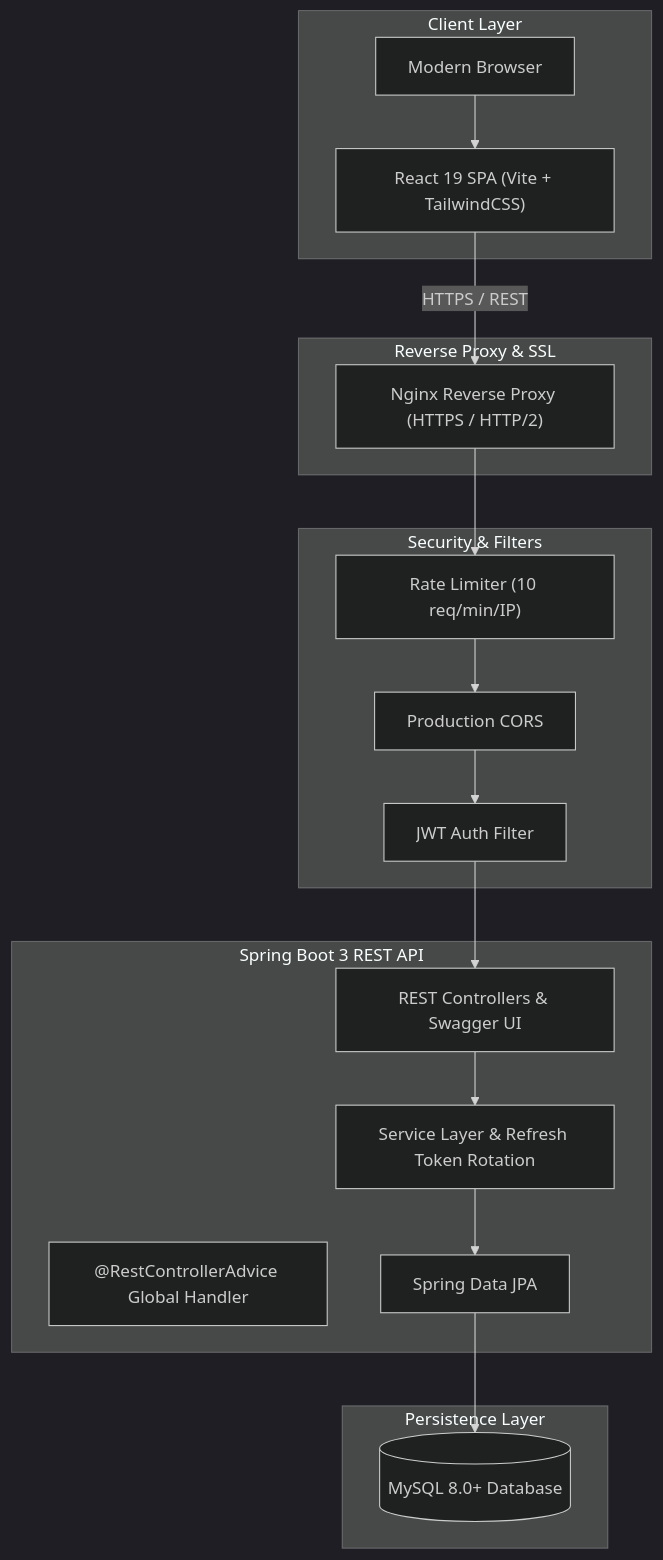
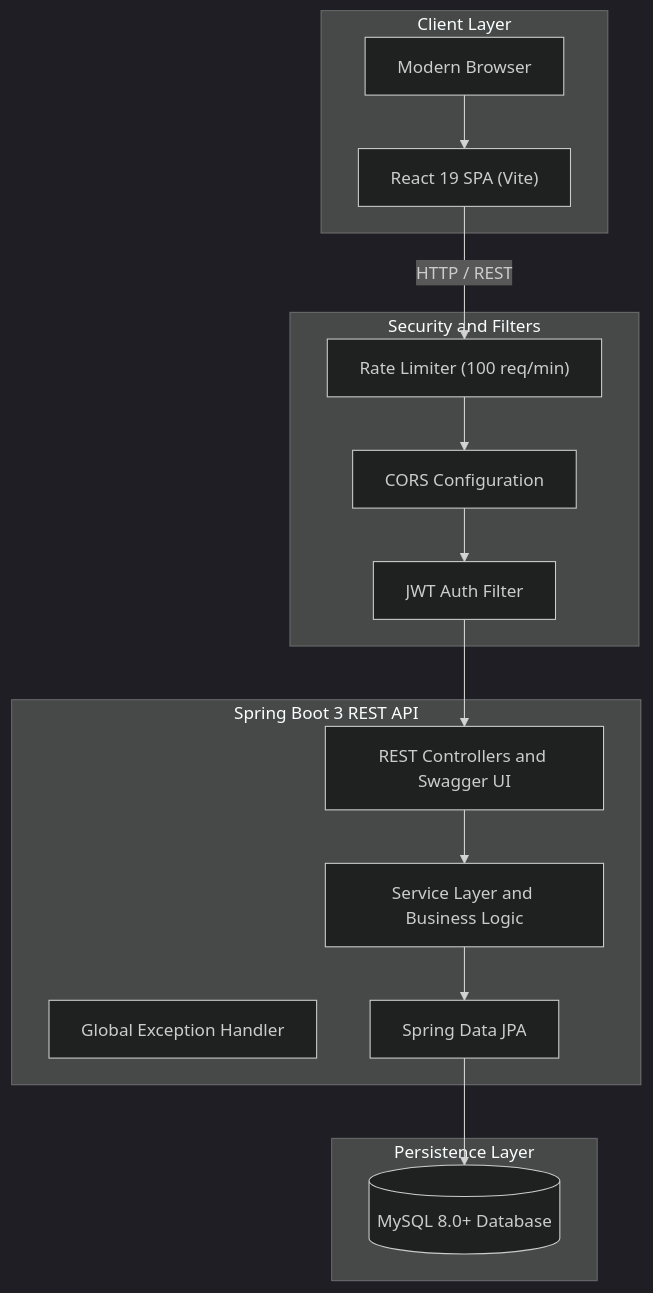
The diagram in README.md (saksham634/WAP), drawn with Mermaid (dark theme) before and after one commit. The commit also changed other lines of this file and 2 other files, not shown here.

````diff
--- a/README.md
+++ b/README.md
@@ -16,31 +15,26 @@
 ```mermaid
 flowchart TB
     subgraph Client ["Client Layer"]
-        Browser["Modern Browser"] --> SPA["React 19 SPA (Vite + TailwindCSS)"]
+        Browser["Modern Browser"] --> SPA["React 19 SPA (Vite)"]
     end
 
-    subgraph Gateway ["Reverse Proxy & SSL"]
-        Nginx["Nginx Reverse Proxy (HTTPS / HTTP/2)"]
-    end
-
-    subgraph Security ["Security & Filters"]
-        RateLimiter["Rate Limiter (10 req/min/IP)"]
-        Cors["Production CORS"]
+    subgraph Security ["Security and Filters"]
+        RateLimiter["Rate Limiter (100 req/min)"]
+        Cors["CORS Configuration"]
         JwtFilter["JWT Auth Filter"]
     end
 
     subgraph Backend ["Spring Boot 3 REST API"]
-        Controllers["REST Controllers & Swagger UI"]
-        ExAdvice["@RestControllerAdvice Global Handler"]
-        Services["Service Layer & Refresh Token Rotation"]
+        Controllers["REST Controllers and Swagger UI"]
+        ExAdvice["Global Exception Handler"]
+        Services["Service Layer and Business Logic"]
         JPA["Spring Data JPA"]
     end
 
     subgraph Persistence ["Persistence Layer"]
         DB[("MySQL 8.0+ Database")]
     end
 
-    SPA -->|HTTPS / REST| Nginx
-    Nginx --> RateLimiter
+    SPA -->|HTTP / REST| RateLimiter
     RateLimiter --> Cors --> JwtFilter --> Controllers --> Services --> JPA --> DB
 ```
````
